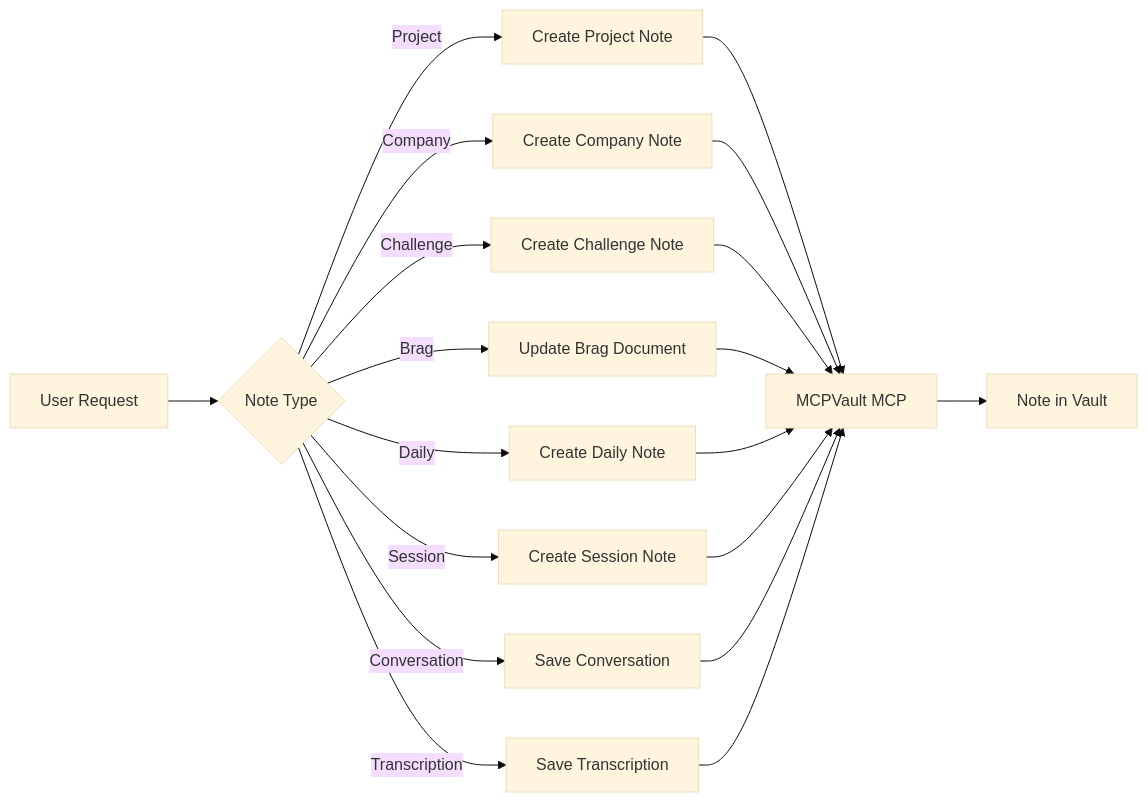
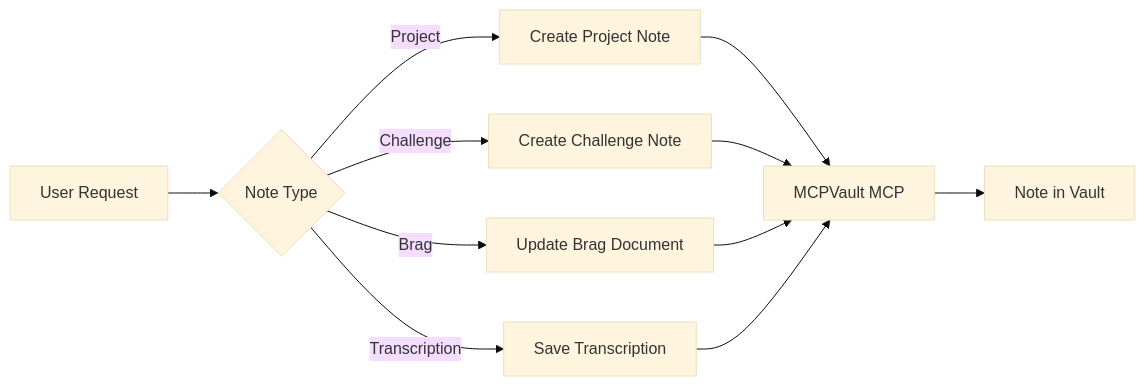
Before and after one commit to adeonir/agent-skills: the diagram in skills/(tooling)/session-notes/README.md, drawn with Mermaid (base theme). The commit also changed other lines of this file, not shown here.

Commit message:
docs: update session-notes README to reflect remaining note types

````diff
--- a/skills/(tooling)/session-notes/README.md
+++ b/skills/(tooling)/session-notes/README.md
@@ -24,21 +20,13 @@
 ```mermaid
 flowchart LR
     T[User Request] --> D{Note Type}
     D -->|Project| P[Create Project Note]
-    D -->|Company| C[Create Company Note]
     D -->|Challenge| H[Create Challenge Note]
     D -->|Brag| B[Update Brag Document]
-    D -->|Daily| Y[Create Daily Note]
-    D -->|Session| S[Create Session Note]
-    D -->|Conversation| V[Save Conversation]
     D -->|Transcription| TR[Save Transcription]
     P --> M[MCPVault MCP]
-    C --> M
     H --> M
     B --> M
-    Y --> M
-    S --> M
-    V --> M
     TR --> M
     M --> N[Note in Vault]
 ```
````
